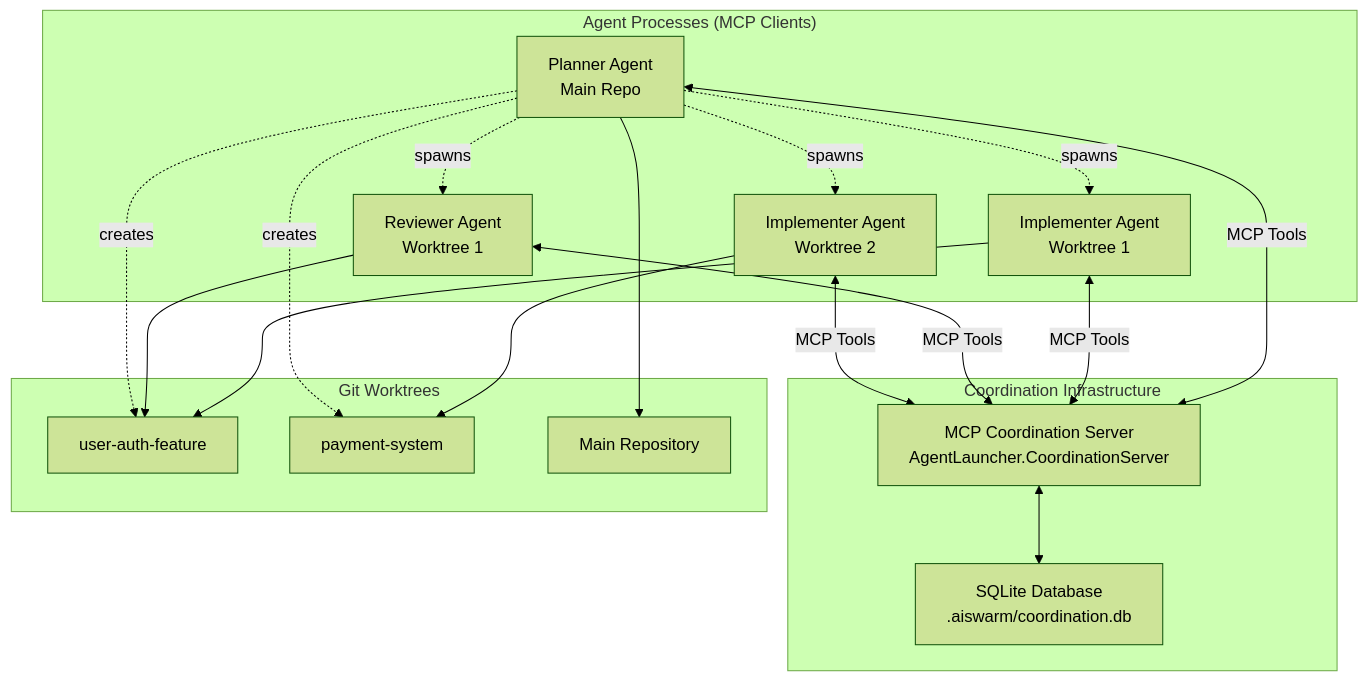
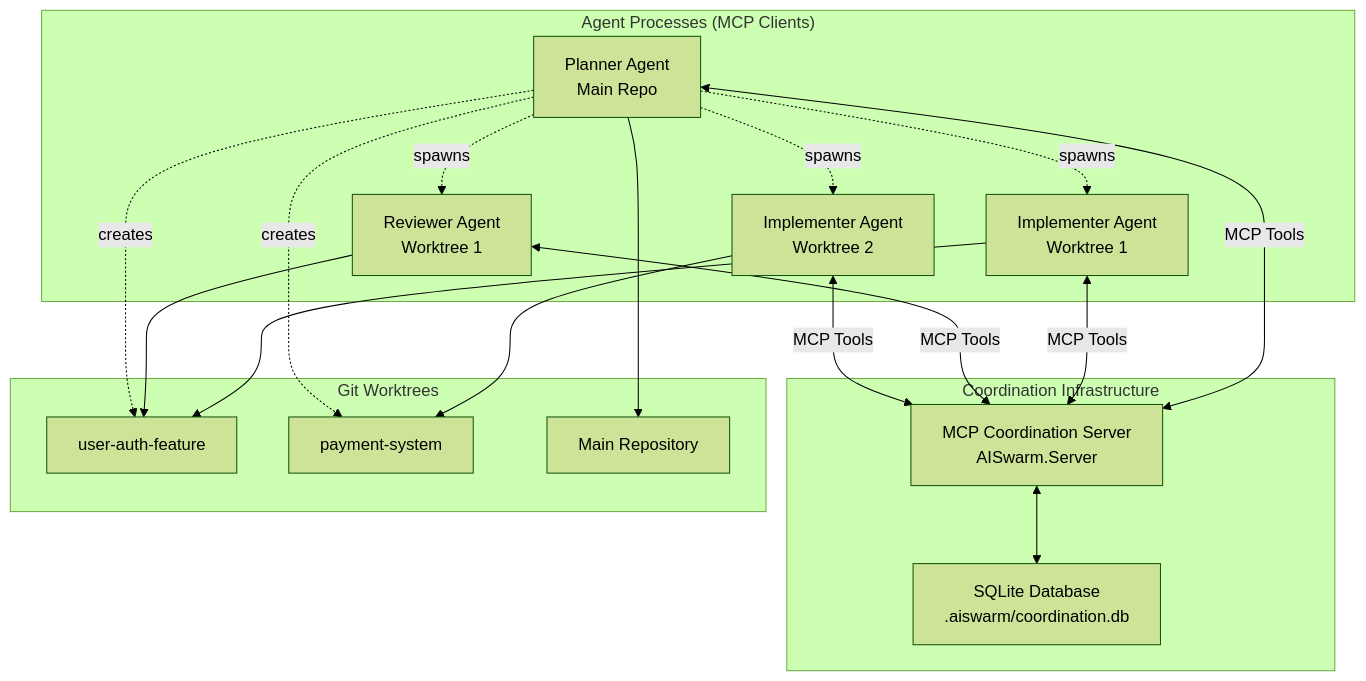
One commit to mrlarson2007/aiswarm changed the first of 6 diagrams in docs/system-design/sqlite-task-coordination-design.md. Above: the diagram before and after it, drawn with Mermaid (forest theme). The commit also changed other lines of this file and 10 other files, not shown here.

````diff
--- a/docs/system-design/sqlite-task-coordination-design.md
+++ b/docs/system-design/sqlite-task-coordination-design.md
@@ -27,40 +27,40 @@
 ```mermaid
 graph TB
     subgraph "Coordination Infrastructure"
-        MCPS[MCP Coordination Server<br/>AgentLauncher.CoordinationServer]
+        MCPS[MCP Coordination Server<br/>AISwarm.Server]
         DB[SQLite Database<br/>.aiswarm/coordination.db]
         MCPS <--> DB
     end
     
     subgraph "Agent Processes (MCP Clients)"
         P1[Planner Agent<br/>Main Repo]
         I1[Implementer Agent<br/>Worktree 1]
         R1[Reviewer Agent<br/>Worktree 1]
         I2[Implementer Agent<br/>Worktree 2]
     end
     
     subgraph "Git Worktrees"
         W1[user-auth-feature]
         W2[payment-system]
         MAIN[Main Repository]
     end
     
     %% MCP Communication
     P1 <-->|MCP Tools| MCPS
     I1 <-->|MCP Tools| MCPS
     R1 <-->|MCP Tools| MCPS
     I2 <-->|MCP Tools| MCPS
     
     %% Worktree Assignment
     P1 --> MAIN
     I1 --> W1
     R1 --> W1
     I2 --> W2
     
     %% Authority Flow
     P1 -.->|creates| W1
     P1 -.->|creates| W2
     P1 -.->|spawns| I1
     P1 -.->|spawns| R1
     P1 -.->|spawns| I2
 ```
````
